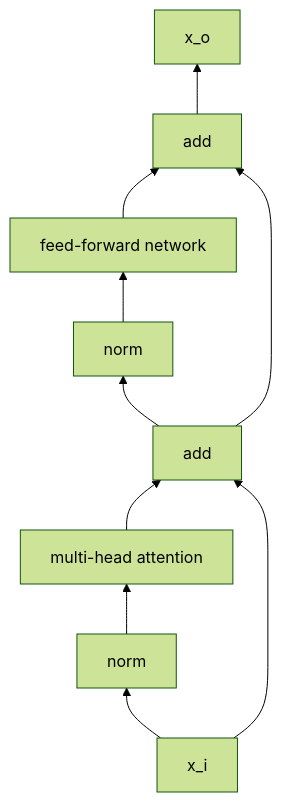
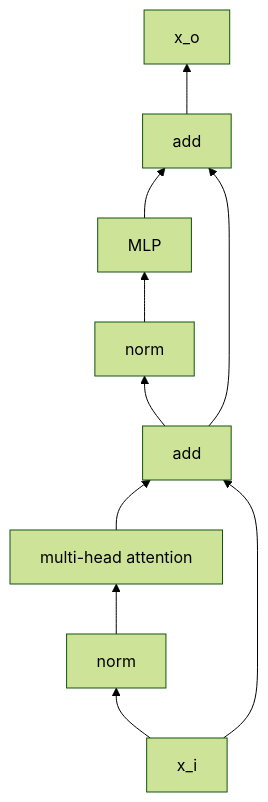
One commit to quarrying/quarrying-paper-notes changed the second of 2 diagrams in references/machine_learning/机器学习之模型之Transformer.md. Above: the diagram before and after it, drawn with Mermaid (forest theme). The commit also changed other lines of this file and 9 other files, not shown here.

````diff
--- a/references/machine_learning/机器学习之模型之Transformer.md
+++ b/references/machine_learning/机器学习之模型之Transformer.md
@@ -111,15 +111,15 @@
 ```mermaid
 graph BT
     x_i --> norm1 --> mha --> add1
     x_i --> add1
     add1 --> norm2 --> ffn --> add2
     add1 --> add2 
     add2 --> x_o
     
     mha[multi-head attention]
-    ffn[feed-forward network]
+    ffn[MLP]
     add1[add]
     add2[add]
     norm1[norm]
     norm2[norm]
 ```
````
